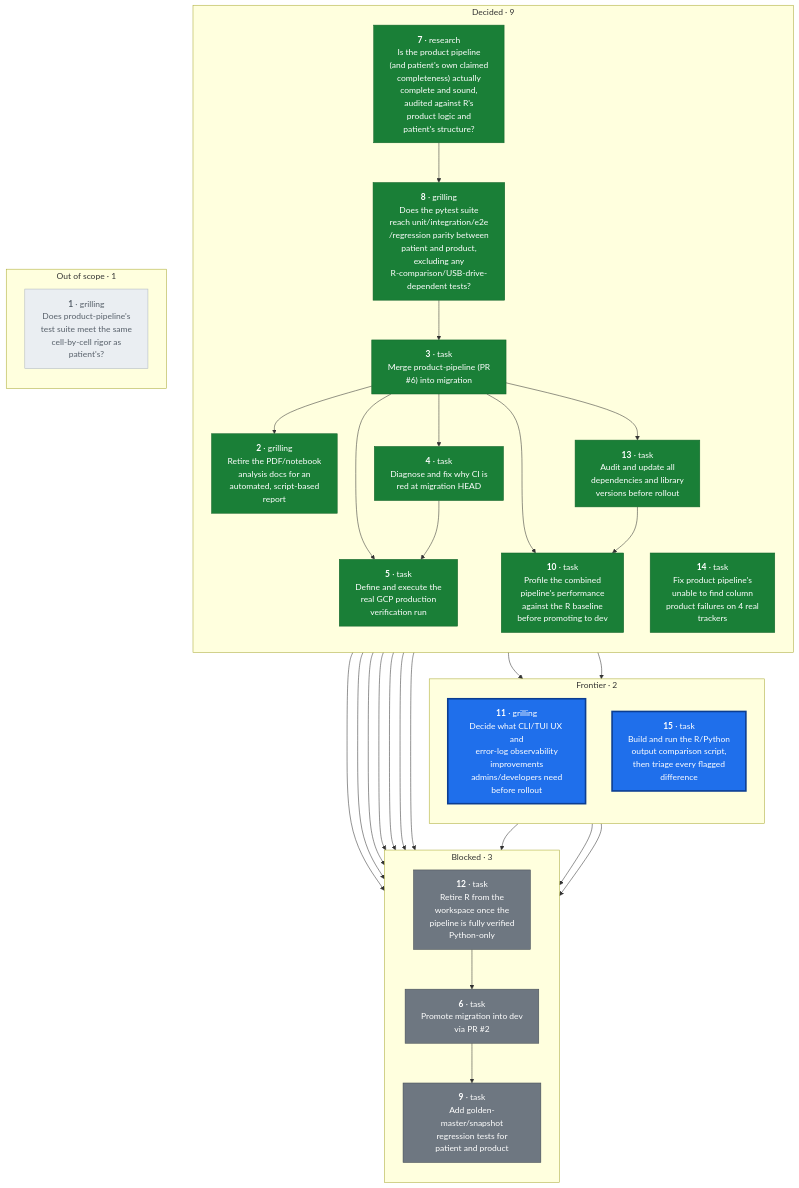
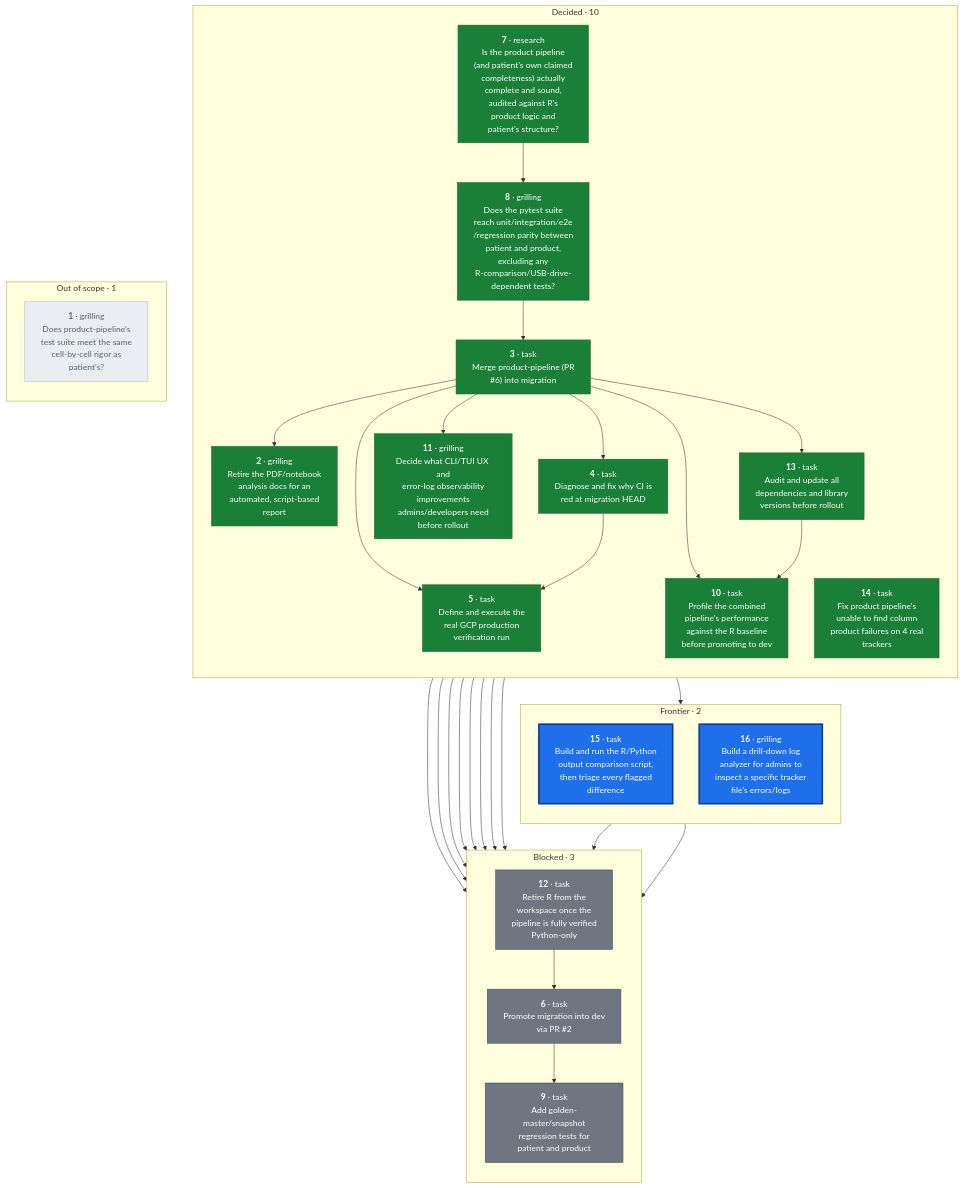
The diagram in docs/wayfinder/graph.mmd (CorrelAid/a4d), drawn with Mermaid before and after one commit. The commit also changed 6 other files, not shown here.

Commit message:
Close ticket 11 (combined run summary), spawn ticket 16 (log-analyzer drill-down)

```diff
--- a/docs/wayfinder/graph.mmd
+++ b/docs/wayfinder/graph.mmd
@@ -1,61 +1,62 @@
 flowchart TD
   subgraph FRONTIER["Frontier · 2"]
     direction TB
-    T11["<b>11</b> · grilling<br/>Decide what CLI/TUI UX and<br/>error-log observability<br/>improvements<br/>admins/developers need<br/>before rollout"]
     T15["<b>15</b> · task<br/>Build and run the R/Python<br/>output comparison script,<br/>then triage every flagged<br/>difference"]
+    T16["<b>16</b> · grilling<br/>Build a drill-down log<br/>analyzer for admins to<br/>inspect a specific tracker<br/>file's errors/logs"]
   end
   subgraph BLOCKED["Blocked · 3"]
     direction TB
     T6["<b>6</b> · task<br/>Promote migration into dev<br/>via PR #2"]
     T9["<b>9</b> · task<br/>Add golden-master/snapshot<br/>regression tests for<br/>patient and product"]
     T12["<b>12</b> · task<br/>Retire R from the<br/>workspace once the<br/>pipeline is fully verified<br/>Python-only"]
   end
-  subgraph DECIDED["Decided · 9"]
+  subgraph DECIDED["Decided · 10"]
     direction TB
     T2["<b>2</b> · grilling<br/>Retire the PDF/notebook<br/>analysis docs for an<br/>automated, script-based<br/>report"]
     T3["<b>3</b> · task<br/>Merge product-pipeline (PR<br/>#6) into migration"]
     T4["<b>4</b> · task<br/>Diagnose and fix why CI is<br/>red at migration HEAD"]
     T5["<b>5</b> · task<br/>Define and execute the<br/>real GCP production<br/>verification run"]
     T7["<b>7</b> · research<br/>Is the product pipeline<br/>(and patient's own claimed<br/>completeness) actually<br/>complete and sound,<br/>audited against R's<br/>product logic and<br/>patient's structure?"]
     T8["<b>8</b> · grilling<br/>Does the pytest suite<br/>reach unit/integration/e2e<br/>/regression parity between<br/>patient and product,<br/>excluding any<br/>R-comparison/USB-drive-<br/>dependent tests?"]
     T10["<b>10</b> · task<br/>Profile the combined<br/>pipeline's performance<br/>against the R baseline<br/>before promoting to dev"]
+    T11["<b>11</b> · grilling<br/>Decide what CLI/TUI UX and<br/>error-log observability<br/>improvements<br/>admins/developers need<br/>before rollout"]
     T13["<b>13</b> · task<br/>Audit and update all<br/>dependencies and library<br/>versions before rollout"]
     T14["<b>14</b> · task<br/>Fix product pipeline's<br/>unable to find column<br/>product failures on 4 real<br/>trackers"]
   end
   subgraph DROPPED["Out of scope · 1"]
     direction TB
     T1["<b>1</b> · grilling<br/>Does product-pipeline's<br/>test suite meet the same<br/>cell-by-cell rigor as<br/>patient's?"]
   end
 
   T2 --> T15
   T3 --> T2
   T3 --> T4
   T3 --> T5
   T3 --> T6
   T3 --> T10
   T3 --> T11
   T3 --> T13
   T4 --> T5
   T4 --> T6
   T5 --> T6
   T6 --> T9
   T7 --> T8
   T8 --> T3
   T8 --> T6
   T10 --> T6
   T11 --> T6
   T12 --> T6
   T13 --> T6
   T13 --> T10
   T14 --> T6
   T15 --> T6
   T15 --> T12
 
   classDef frontier fill:#1f6feb,stroke:#0b3d91,stroke-width:3px,color:#ffffff
-  class T11,T15 frontier
+  class T15,T16 frontier
   classDef blocked fill:#6e7781,stroke:#424a53,stroke-width:1px,color:#ffffff
   class T6,T9,T12 blocked
   classDef decided fill:#1a7f37,stroke:#116329,stroke-width:1px,color:#ffffff
-  class T2,T3,T4,T5,T7,T8,T10,T13,T14 decided
+  class T2,T3,T4,T5,T7,T8,T10,T11,T13,T14 decided
   classDef dropped fill:#eaeef2,stroke:#afb8c1,stroke-width:1px,color:#57606a
   class T1 dropped
```
